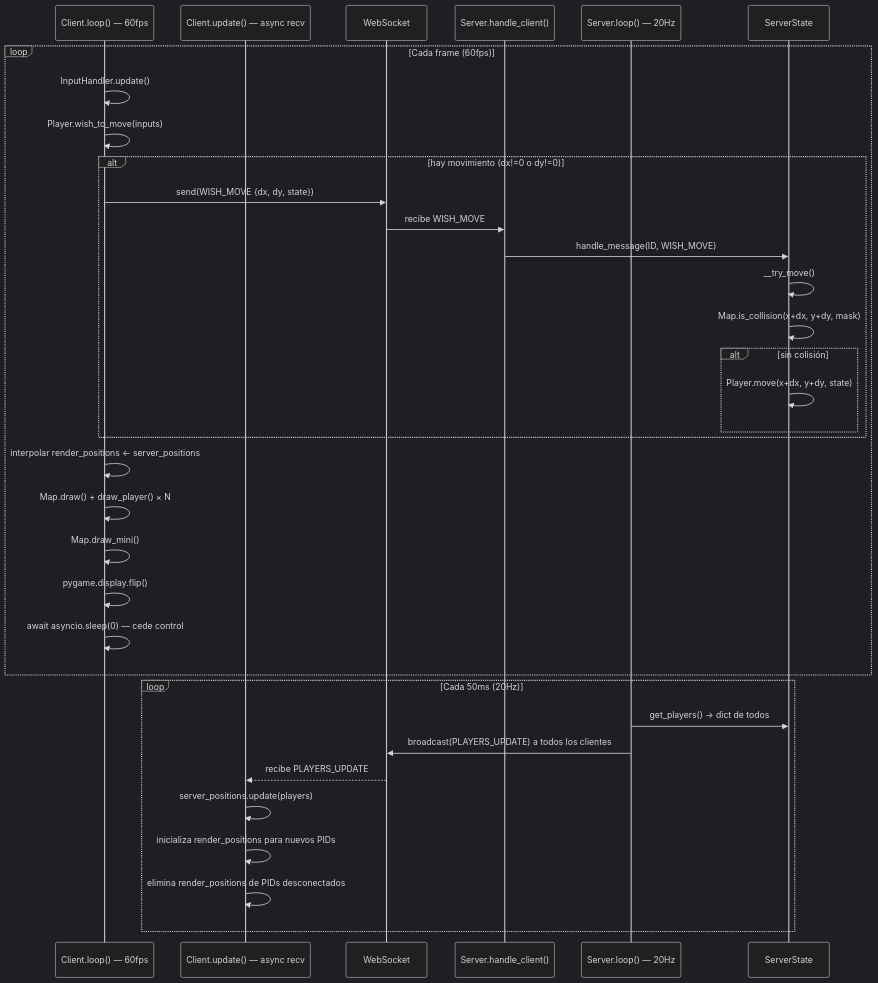
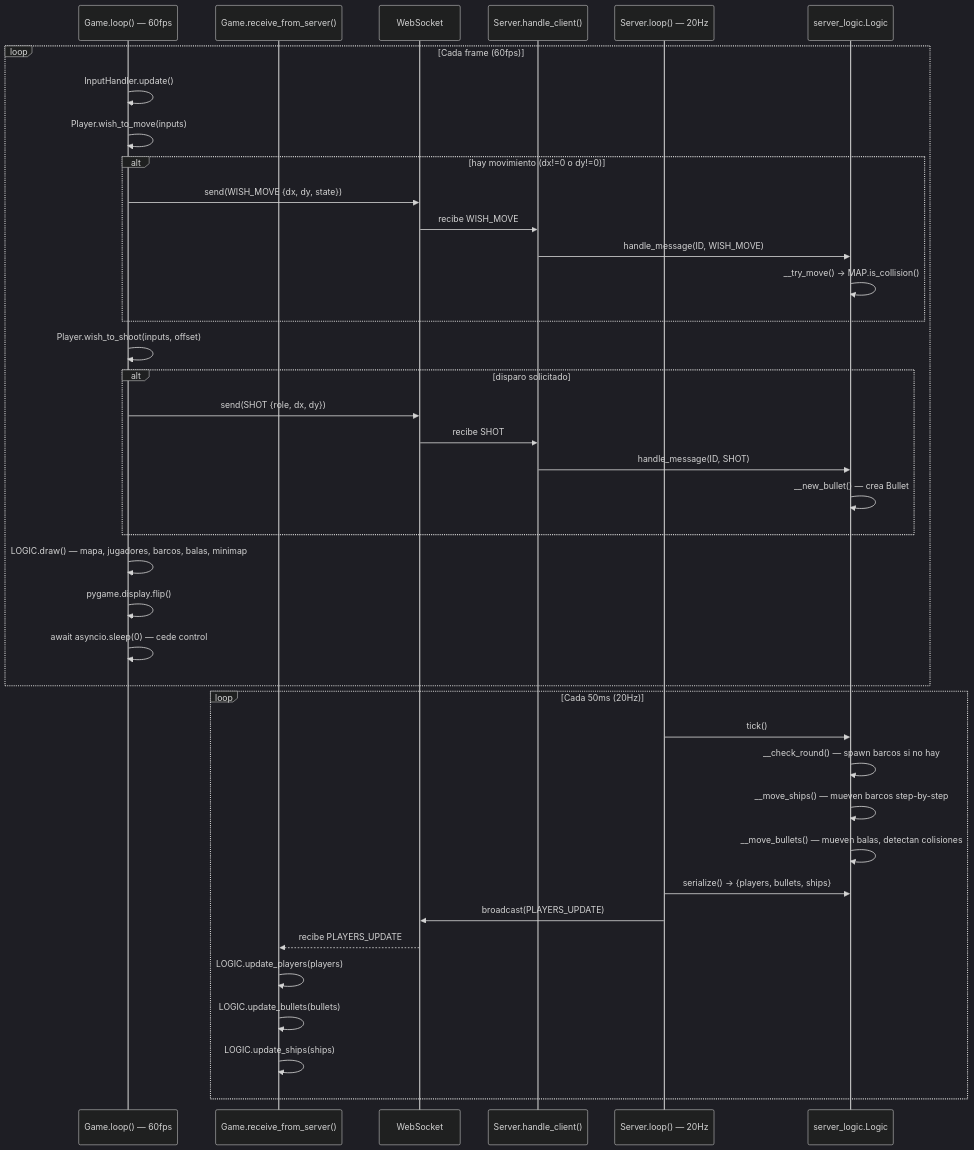
Before and after one commit to Aouei/pygame_multi: the second of 6 diagrams in docs/diagramas/mensajes.md, drawn with Mermaid (dark theme). The commit also changed other lines of this file and 2 other files, not shown here.

Commit message:
UPDATE doc diagrams

````diff
--- a/docs/diagramas/mensajes.md
+++ b/docs/diagramas/mensajes.md
@@ -102,39 +124,43 @@
 ```mermaid
 sequenceDiagram
-    participant CL as Client.loop() — 60fps
-    participant CU as Client.update() — async recv
+    participant GL as Game.loop() — 60fps
+    participant GR as Game.receive_from_server()
     participant WS as WebSocket
     participant SH as Server.handle_client()
     participant SL as Server.loop() — 20Hz
-    participant SS as ServerState
+    participant LG as server_logic.Logic
 
     loop Cada frame (60fps)
-        CL->>CL: InputHandler.update()
-        CL->>CL: Player.wish_to_move(inputs)
+        GL->>GL: InputHandler.update()
+        GL->>GL: Player.wish_to_move(inputs)
         alt hay movimiento (dx!=0 o dy!=0)
-            CL->>WS: send(WISH_MOVE {dx, dy, state})
+            GL->>WS: send(WISH_MOVE {dx, dy, state})
             WS->>SH: recibe WISH_MOVE
-            SH->>SS: handle_message(ID, WISH_MOVE)
-            SS->>SS: __try_move()
-            SS->>SS: Map.is_collision(x+dx, y+dy, mask)
-            alt sin colisión
-                SS->>SS: Player.move(x+dx, y+dy, state)
-            end
+            SH->>LG: handle_message(ID, WISH_MOVE)
+            LG->>LG: __try_move() → MAP.is_collision()
         end
-
-        CL->>CL: interpolar render_positions ← server_positions
-        CL->>CL: Map.draw() + draw_player() × N
-        CL->>CL: Map.draw_mini()
-        CL->>CL: pygame.display.flip()
-        CL->>CL: await asyncio.sleep(0) — cede control
+        GL->>GL: Player.wish_to_shoot(inputs, offset)
+        alt disparo solicitado
+            GL->>WS: send(SHOT {role, dx, dy})
+            WS->>SH: recibe SHOT
+            SH->>LG: handle_message(ID, SHOT)
+            LG->>LG: __new_bullet() — crea Bullet
+        end
+        GL->>GL: LOGIC.draw() — mapa, jugadores, barcos, balas, minimap
+        GL->>GL: pygame.display.flip()
+        GL->>GL: await asyncio.sleep(0) — cede control
     end
 
     loop Cada 50ms (20Hz)
-        SL->>SS: get_players() → dict de todos
-        SL->>WS: broadcast(PLAYERS_UPDATE) a todos los clientes
-        WS-->>CU: recibe PLAYERS_UPDATE
-        CU->>CU: server_positions.update(players)
-        CU->>CU: inicializa render_positions para nuevos PIDs
-        CU->>CU: elimina render_positions de PIDs desconectados
+        SL->>LG: tick()
+        LG->>LG: __check_round() — spawn barcos si no hay
+        LG->>LG: __move_ships() — mueven barcos step-by-step
+        LG->>LG: __move_bullets() — mueven balas, detectan colisiones
+        SL->>LG: serialize() → {players, bullets, ships}
+        SL->>WS: broadcast(PLAYERS_UPDATE)
+        WS-->>GR: recibe PLAYERS_UPDATE
+        GR->>GR: LOGIC.update_players(players)
+        GR->>GR: LOGIC.update_bullets(bullets)
+        GR->>GR: LOGIC.update_ships(ships)
     end
 ```
````
